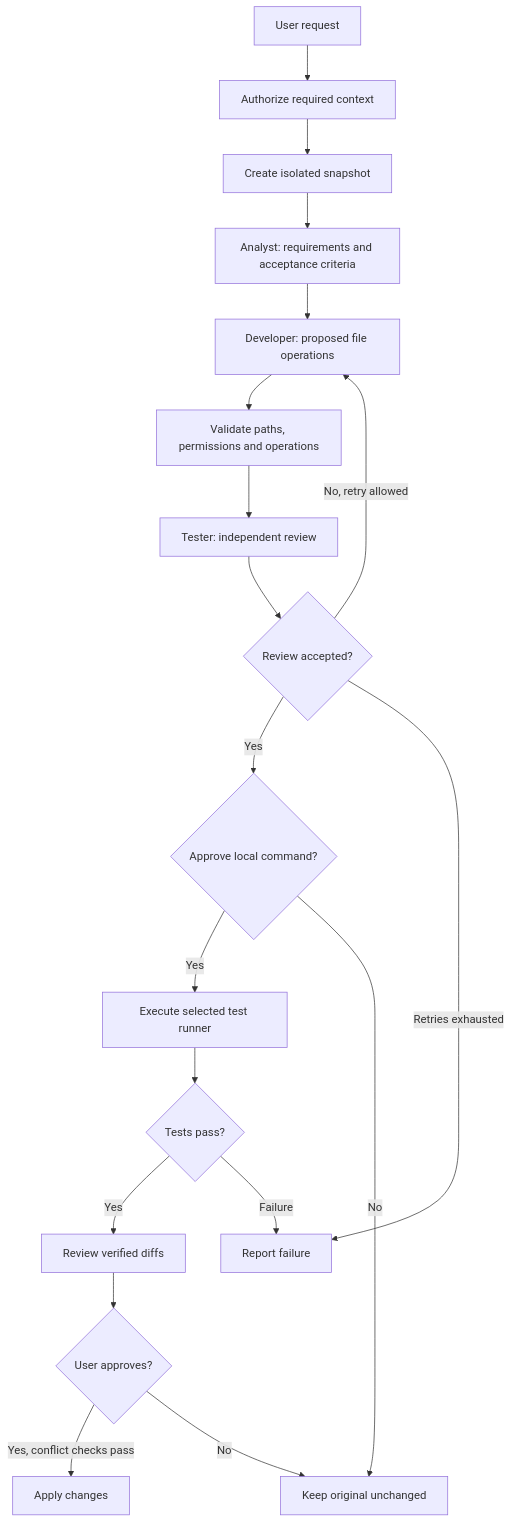
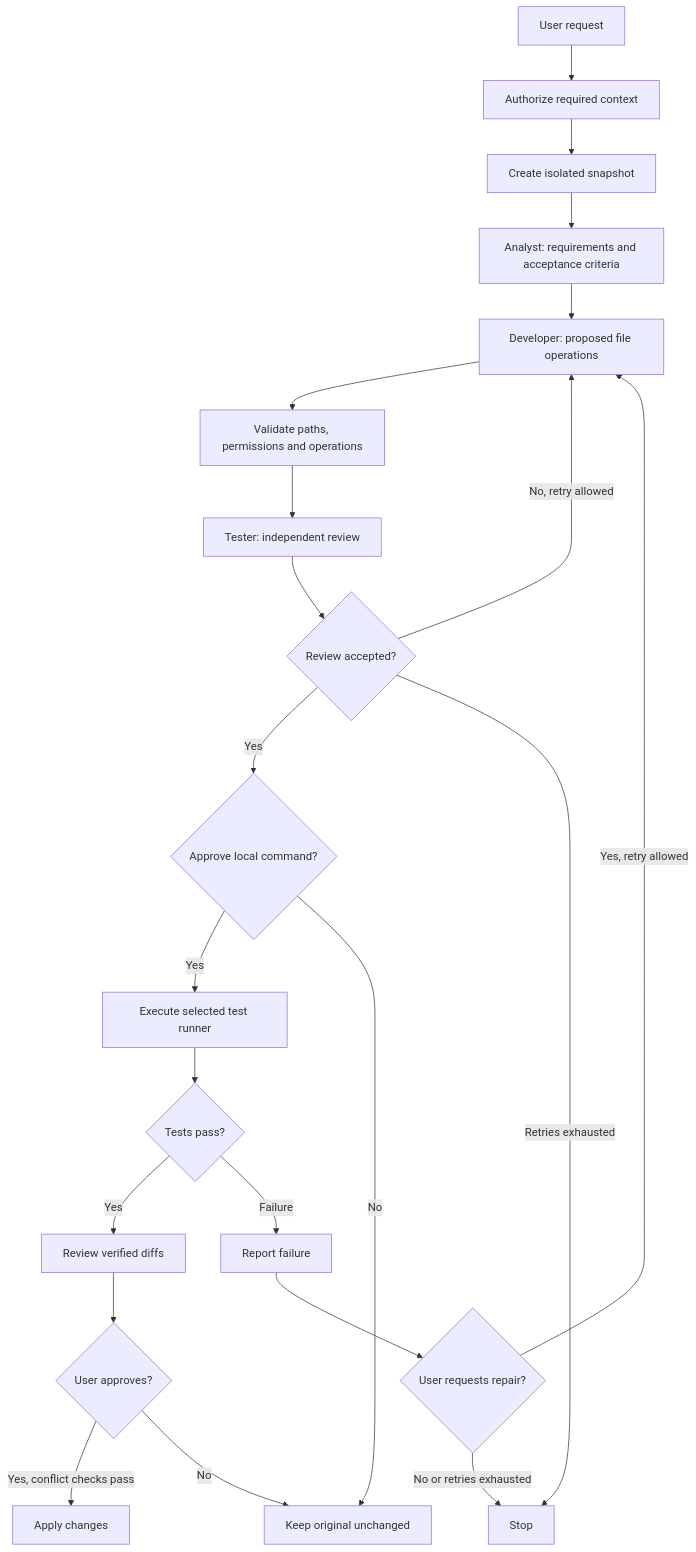
One commit to cmartinferrer/cmf-dev-studio changed the second of 2 diagrams in README.md. Above: the diagram before and after it, drawn with Mermaid. The commit also changed other lines of this file and 2 other files, not shown here.

````diff
--- a/README.md
+++ b/README.md
@@ -97,21 +101,24 @@
 ```mermaid
 flowchart TD
     Task[User request] --> Context[Authorize required context]
     Context --> Snapshot[Create isolated snapshot]
     Snapshot --> Analyst[Analyst: requirements and acceptance criteria]
     Analyst --> Developer[Developer: proposed file operations]
     Developer --> Validate[Validate paths, permissions and operations]
     Validate --> Tester[Tester: independent review]
     Tester --> Review{Review accepted?}
     Review -->|No, retry allowed| Developer
     Review -->|Yes| Permission{Approve local command?}
     Permission -->|Yes| Run[Execute selected test runner]
     Permission -->|No| Keep
     Run --> Result{Tests pass?}
     Result -->|Yes| Diff[Review verified diffs]
-    Result -->|Failure| Stop[Report failure]
+    Result -->|Failure| Failure[Report failure]
+    Failure --> Repair{User requests repair?}
+    Repair -->|Yes, retry allowed| Developer
+    Repair -->|No or retries exhausted| Stop[Stop]
     Review -->|Retries exhausted| Stop
     Diff --> Approval{User approves?}
     Approval -->|Yes, conflict checks pass| Apply[Apply changes]
     Approval -->|No| Keep[Keep original unchanged]
 ```
````
